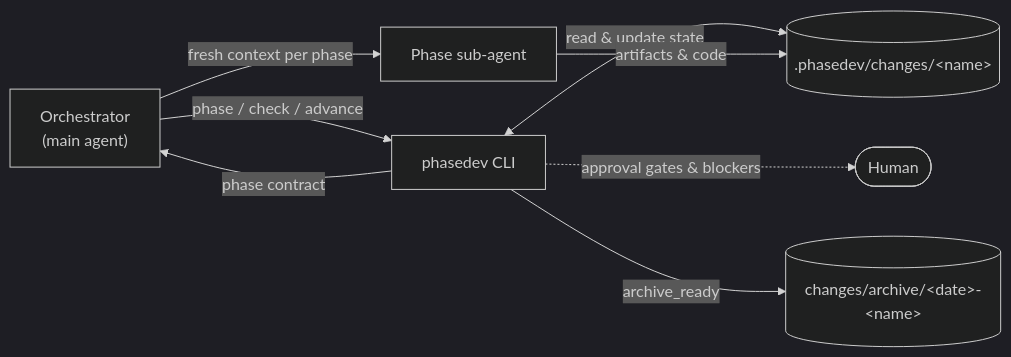
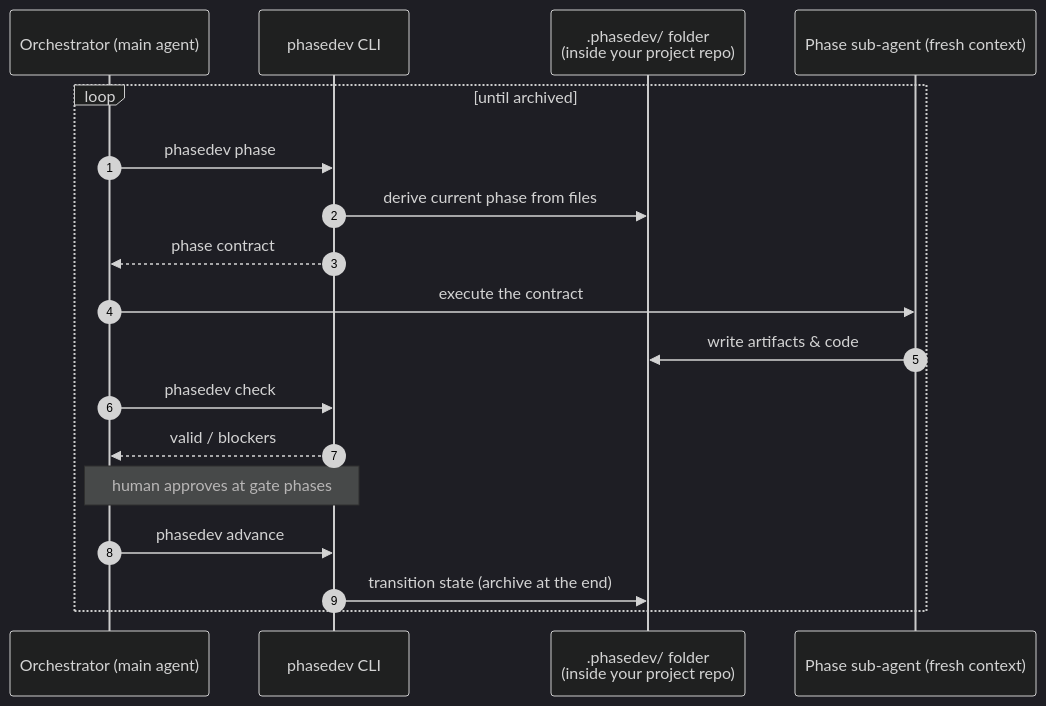
One commit to alexkorn22/phasedev-ai-framework changed the diagram in README.md. Above: the diagram before and after it, drawn with Mermaid (dark theme). The commit also changed other lines of this file and 4 other files, not shown here.

````diff
--- a/README.md
+++ b/README.md
@@ -18,10 +32,21 @@
 ```mermaid
-flowchart LR
-    Orchestrator["Orchestrator<br/>(main agent)"] -->|"phase / check / advance"| Controller["phasedev CLI"]
-    Controller <-->|"read & update state"| Workspace[(".phasedev/changes/&lt;name&gt;")]
-    Controller -->|"phase contract"| Orchestrator
-    Orchestrator -->|"fresh context per phase"| SubAgent["Phase sub-agent"]
-    SubAgent -->|"artifacts & code"| Workspace
-    Controller -.->|"approval gates & blockers"| Human(["Human"])
-    Controller -->|"archive_ready"| Archive[("changes/archive/&lt;date&gt;-&lt;name&gt;")]
+sequenceDiagram
+    autonumber
+    participant Orchestrator as Orchestrator (main agent)
+    participant CLI as phasedev CLI
+    participant Workspace as .phasedev/ folder<br/>(inside your project repo)
+    participant SubAgent as Phase sub-agent (fresh context)
+
+    loop until archived
+        Orchestrator->>CLI: phasedev phase
+        CLI->>Workspace: derive current phase from files
+        CLI-->>Orchestrator: phase contract
+        Orchestrator->>SubAgent: execute the contract
+        SubAgent->>Workspace: write artifacts & code
+        Orchestrator->>CLI: phasedev check
+        CLI-->>Orchestrator: valid / blockers
+        Note over Orchestrator,CLI: human approves at gate phases
+        Orchestrator->>CLI: phasedev advance
+        CLI->>Workspace: transition state (archive at the end)
+    end
 ```
````
